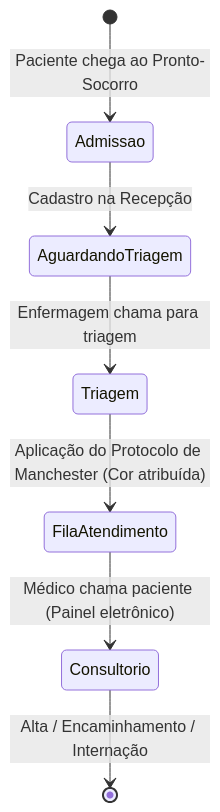
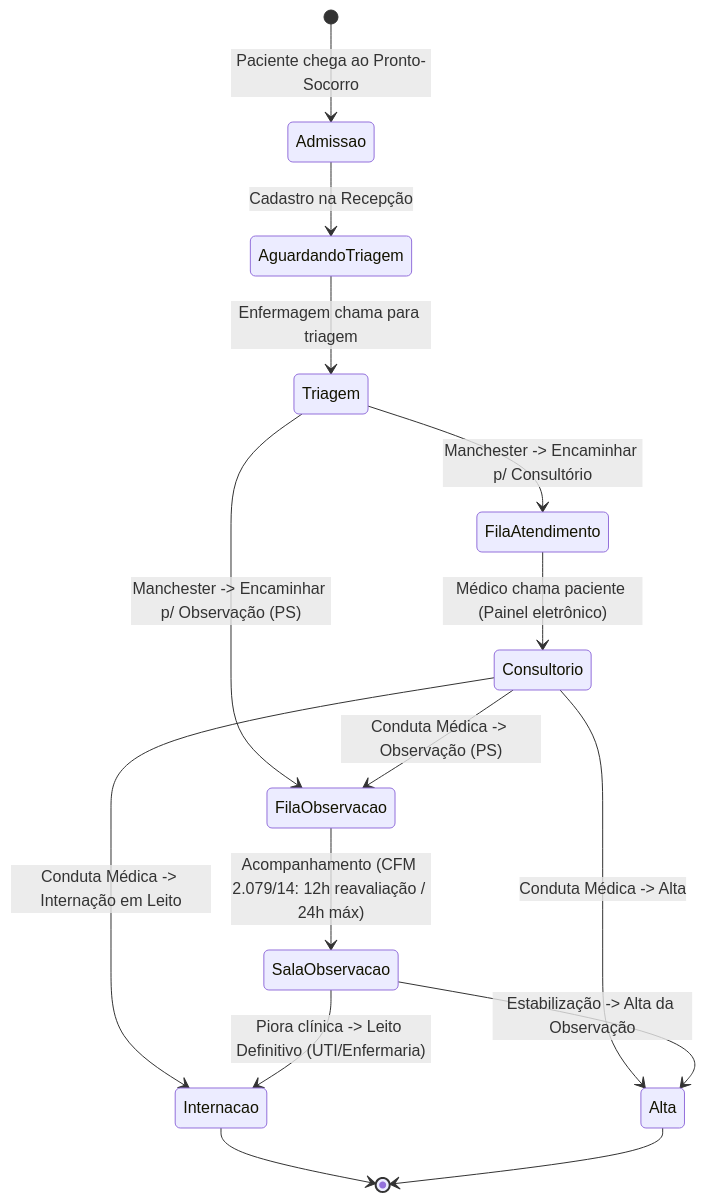
Before and after one commit to Mazzarowysk/Health-Nexus: the first of 2 diagrams in docs/03-Requisitos/02-atendimento.md, drawn with Mermaid. The commit also changed other lines of this file and 33 other files, not shown here.

Commit message:
feat(observacao): adiciona aba de Observação do Pronto-Socorro (CFM 2079/14), 4a coluna no Kanban, triagem com desfecho duplo e atualiza todos os manuais e PDFs v2.9.0

````diff
--- a/docs/03-Requisitos/02-atendimento.md
+++ b/docs/03-Requisitos/02-atendimento.md
@@ -15,9 +15,17 @@
 ```mermaid
 stateDiagram-v2
     [*] --> Admissao : Paciente chega ao Pronto-Socorro
     Admissao --> AguardandoTriagem : Cadastro na Recepção
     AguardandoTriagem --> Triagem : Enfermagem chama para triagem
-    Triagem --> FilaAtendimento : Aplicação do Protocolo de Manchester (Cor atribuída)
+    Triagem --> FilaAtendimento : Manchester -> Encaminhar p/ Consultório
+    Triagem --> FilaObservacao : Manchester -> Encaminhar p/ Observação (PS)
     FilaAtendimento --> Consultorio : Médico chama paciente (Painel eletrônico)
-    Consultorio --> [*] : Alta / Encaminhamento / Internação
+    Consultorio --> FilaObservacao : Conduta Médica -> Observação (PS)
+    Consultorio --> Internacao : Conduta Médica -> Internação em Leito
+    Consultorio --> Alta : Conduta Médica -> Alta
+    FilaObservacao --> SalaObservacao : Acompanhamento (CFM 2.079/14: 12h reavaliação / 24h máx)
+    SalaObservacao --> Internacao : Piora clínica -> Leito Definitivo (UTI/Enfermaria)
+    SalaObservacao --> Alta : Estabilização -> Alta da Observação
+    Internacao --> [*]
+    Alta --> [*]
 ```
````
